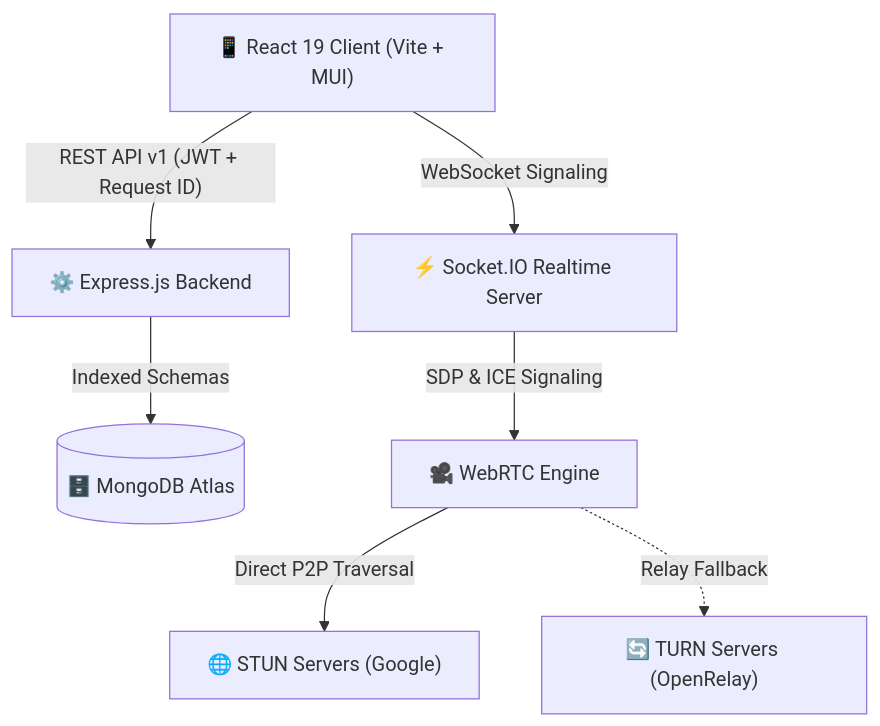
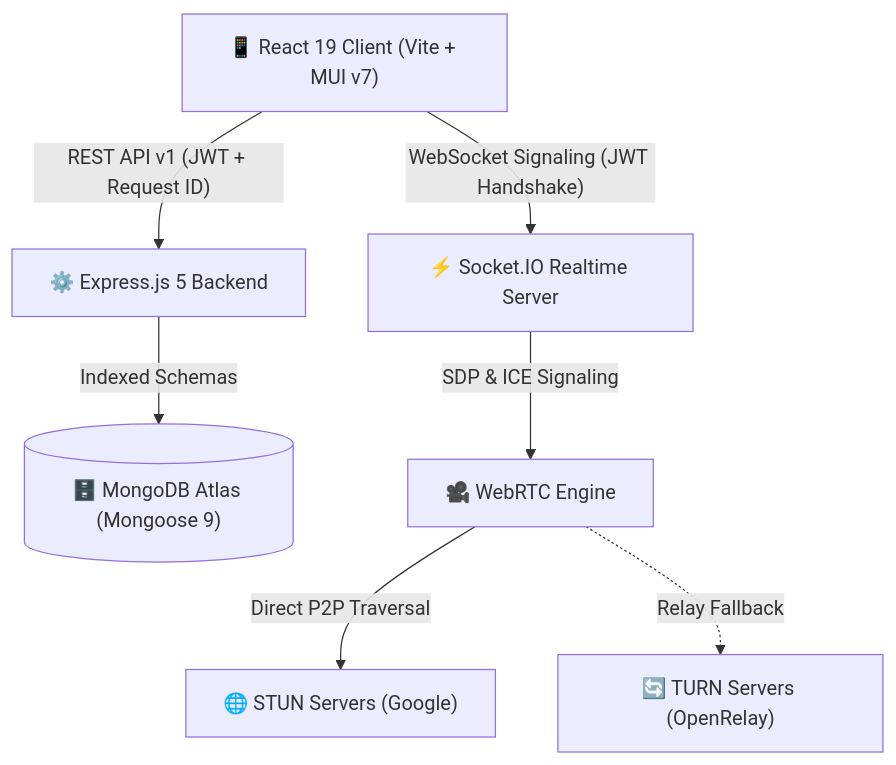
The first of 3 diagrams in README.md (Sekhar01807/Novacall), drawn with Mermaid before and after one commit. The commit also changed other lines of this file, not shown here.

Commit message:
docs: update README with modular architecture, REST API reference, and security invariants

````diff
--- a/README.md
+++ b/README.md
@@ -75,10 +77,10 @@
 ```mermaid
 graph TD
-    Client["📱 React 19 Client (Vite + MUI)"]
-    Client -->|"REST API v1 (JWT + Request ID)"| Express["⚙️ Express.js Backend"]
-    Client -->|"WebSocket Signaling"| Socket["⚡ Socket.IO Realtime Server"]
-    Express -->|"Indexed Schemas"| Mongo[("🗄️ MongoDB Atlas")]
+    Client["📱 React 19 Client (Vite + MUI v7)"]
+    Client -->|"REST API v1 (JWT + Request ID)"| Express["⚙️ Express.js 5 Backend"]
+    Client -->|"WebSocket Signaling (JWT Handshake)"| Socket["⚡ Socket.IO Realtime Server"]
+    Express -->|"Indexed Schemas"| Mongo[("🗄️ MongoDB Atlas (Mongoose 9)")]
     Socket -->|"SDP & ICE Signaling"| WebRTC["🎥 WebRTC Engine"]
     WebRTC -->|"Direct P2P Traversal"| STUN["🌐 STUN Servers (Google)"]
     WebRTC -.->|"Relay Fallback"| TURN["🔄 TURN Servers (OpenRelay)"]
 ```
````
